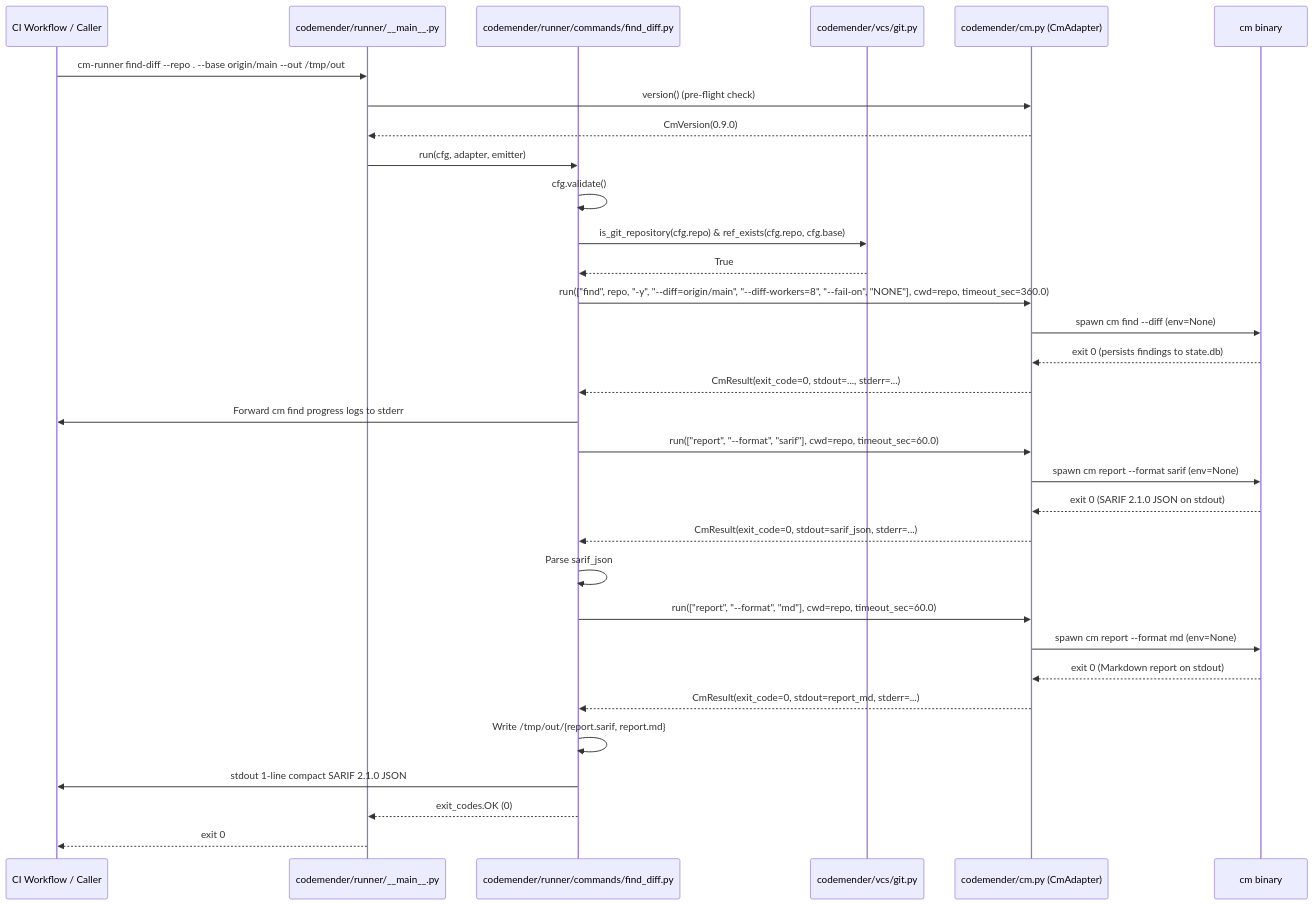
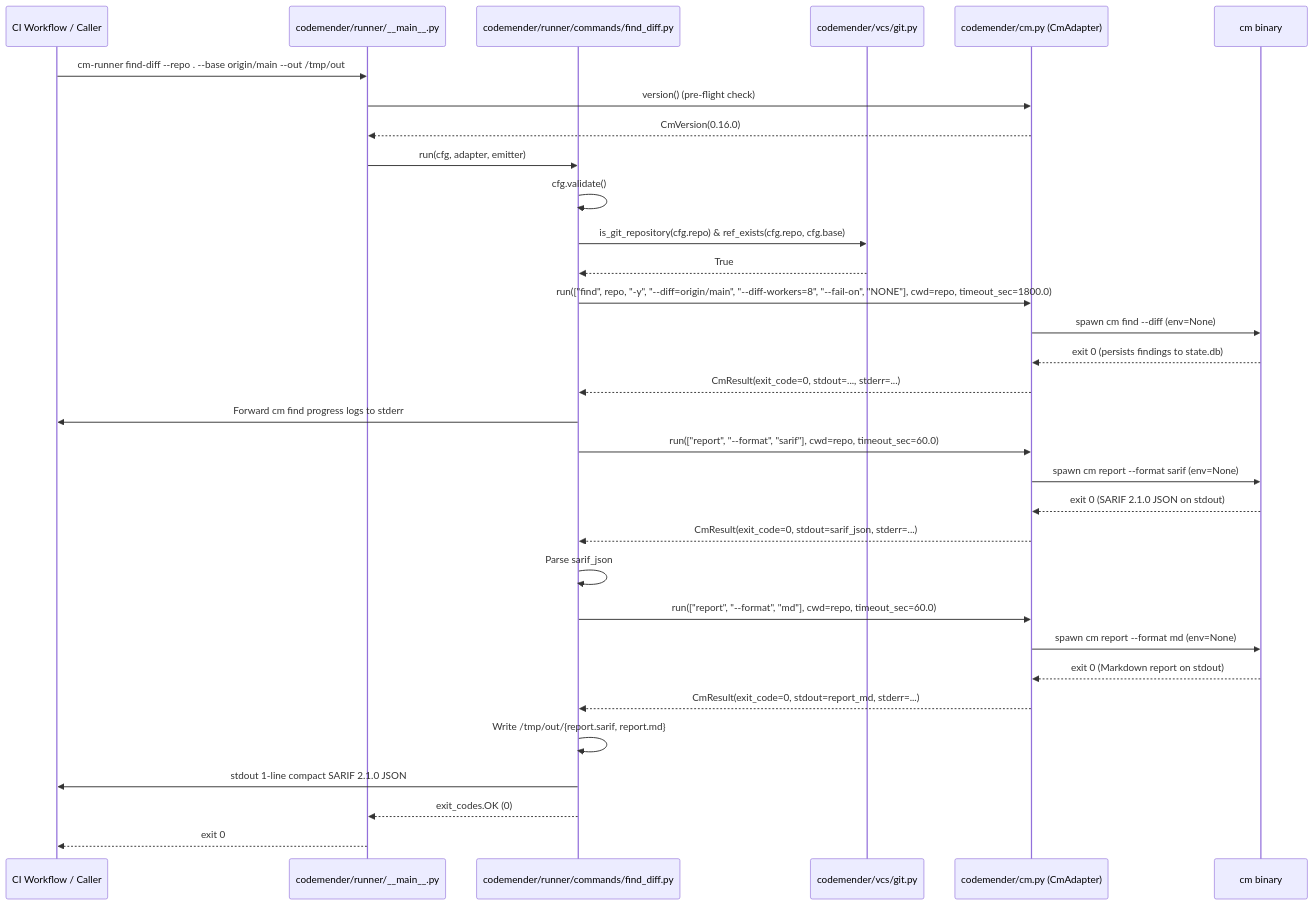
The second of 2 diagrams in docs/openspec/specs/find-diff/design.md (avnit/codemender-runner-mcp), drawn with Mermaid before and after one commit. The commit also changed other lines of this file and 5 other files, not shown here.

First line of the commit message:
fix(codemender): upgrade cm to 0.16.0 and raise find-diff timeout to 1800s (#86)

````diff
--- a/docs/openspec/specs/find-diff/design.md
+++ b/docs/openspec/specs/find-diff/design.md
@@ -225,35 +230,35 @@
 ```mermaid
 sequenceDiagram
     participant Caller as CI Workflow / Caller
     participant Main as codemender/runner/__main__.py
     participant Cmd as codemender/runner/commands/find_diff.py
     participant Git as codemender/vcs/git.py
     participant Adapter as codemender/cm.py (CmAdapter)
     participant CM as cm binary
 
     Caller->>Main: cm-runner find-diff --repo . --base origin/main --out /tmp/out
     Main->>Adapter: version() (pre-flight check)
-    Adapter-->>Main: CmVersion(0.9.0)
+    Adapter-->>Main: CmVersion(0.16.0)
     Main->>Cmd: run(cfg, adapter, emitter)
     Cmd->>Cmd: cfg.validate()
     Cmd->>Git: is_git_repository(cfg.repo) & ref_exists(cfg.repo, cfg.base)
     Git-->>Cmd: True
-    Cmd->>Adapter: run(["find", repo, "-y", "--diff=origin/main", "--diff-workers=8", "--fail-on", "NONE"], cwd=repo, timeout_sec=360.0)
+    Cmd->>Adapter: run(["find", repo, "-y", "--diff=origin/main", "--diff-workers=8", "--fail-on", "NONE"], cwd=repo, timeout_sec=1800.0)
     Adapter->>CM: spawn cm find --diff (env=None)
     CM-->>Adapter: exit 0 (persists findings to state.db)
     Adapter-->>Cmd: CmResult(exit_code=0, stdout=..., stderr=...)
     Cmd->>Caller: Forward cm find progress logs to stderr
     Cmd->>Adapter: run(["report", "--format", "sarif"], cwd=repo, timeout_sec=60.0)
     Adapter->>CM: spawn cm report --format sarif (env=None)
     CM-->>Adapter: exit 0 (SARIF 2.1.0 JSON on stdout)
     Adapter-->>Cmd: CmResult(exit_code=0, stdout=sarif_json, stderr=...)
     Cmd->>Cmd: Parse sarif_json
     Cmd->>Adapter: run(["report", "--format", "md"], cwd=repo, timeout_sec=60.0)
     Adapter->>CM: spawn cm report --format md (env=None)
     CM-->>Adapter: exit 0 (Markdown report on stdout)
     Adapter-->>Cmd: CmResult(exit_code=0, stdout=report_md, stderr=...)
     Cmd->>Cmd: Write /tmp/out/{report.sarif, report.md}
     Cmd->>Caller: stdout 1-line compact SARIF 2.1.0 JSON
     Cmd-->>Main: exit_codes.OK (0)
     Main-->>Caller: exit 0
 ```
````
